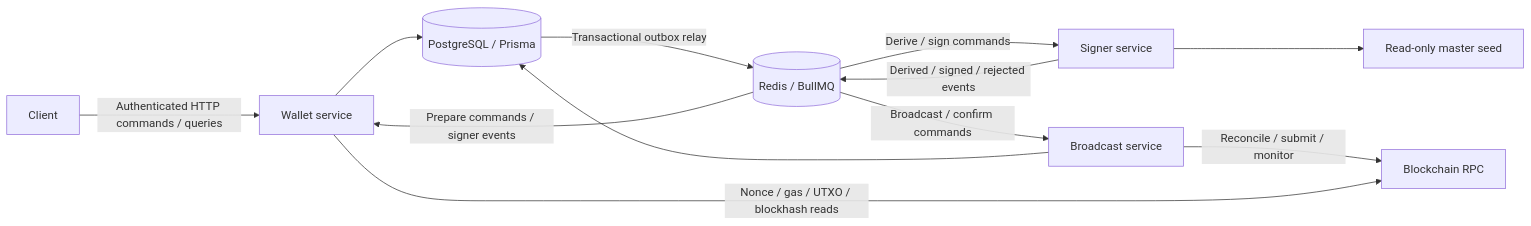
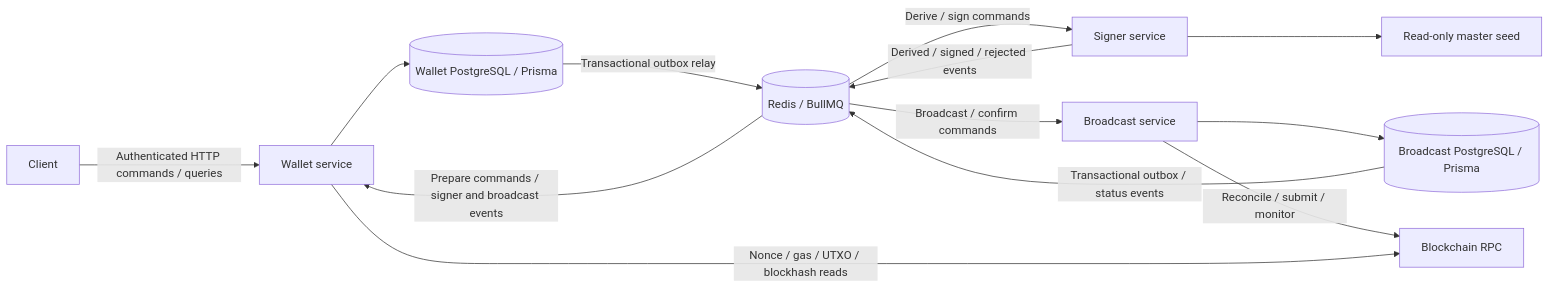
The diagram in README.md (EmmanuelAmodu/Wallet-Service), drawn with Mermaid before and after one commit. The commit also changed other lines of this file and 29 other files, not shown here.

Commit message:
Separate wallet and broadcast databases with queued status events

````diff
--- a/README.md
+++ b/README.md
@@ -7,14 +7,15 @@
 ```mermaid
 flowchart LR
   Client -->|Authenticated HTTP commands / queries| Wallet[Wallet service]
-  Wallet --> DB[(PostgreSQL / Prisma)]
+  Wallet --> DB[(Wallet PostgreSQL / Prisma)]
   DB -->|Transactional outbox relay| Redis[(Redis / BullMQ)]
   Redis -->|Derive / sign commands| Signer[Signer service]
   Signer -->|Derived / signed / rejected events| Redis
-  Redis -->|Prepare commands / signer events| Wallet
+  Redis -->|Prepare commands / signer and broadcast events| Wallet
   Redis -->|Broadcast / confirm commands| Broadcast[Broadcast service]
-  Broadcast --> DB
+  Broadcast --> BroadcastDB[(Broadcast PostgreSQL / Prisma)]
+  BroadcastDB -->|Transactional outbox / status events| Redis
   Broadcast -->|Reconcile / submit / monitor| Nodes[Blockchain RPC]
   Wallet -->|Nonce / gas / UTXO / blockhash reads| Nodes
   Signer --> Seed[Read-only master seed]
 ```
````
